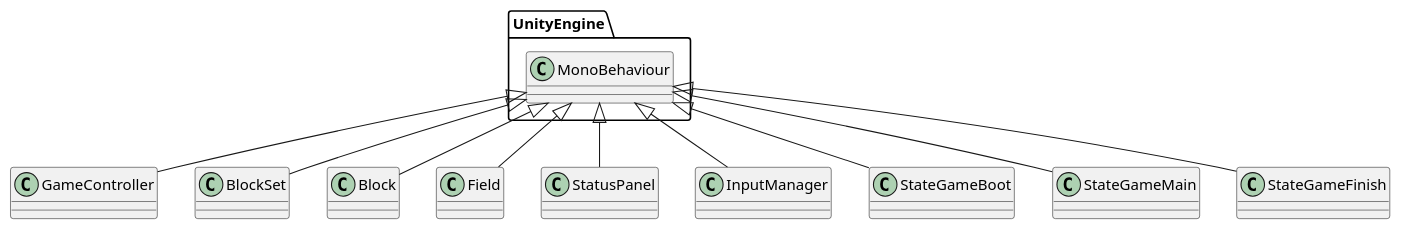
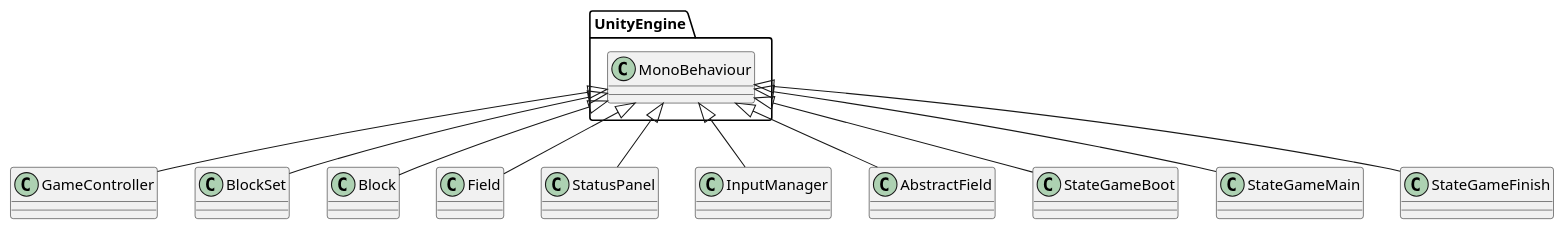
One commit to azarashin/UnityTetris changed the diagram in Documents/PlantUML/CLD_MonoBehaviour.pu. Above: the diagram before and after it, drawn with PlantUML. The commit also changed 17 other files, not shown here.

Commit message:
インターフェースIField を廃止し、MonoBehaviour を継承する抽象クラスAbstractField に変更。

```diff
--- a/Documents/PlantUML/CLD_MonoBehaviour.pu
+++ b/Documents/PlantUML/CLD_MonoBehaviour.pu
@@ -1,13 +1,14 @@
 @startuml
 
 UnityEngine.MonoBehaviour <|-- GameController
 UnityEngine.MonoBehaviour <|-- BlockSet
 UnityEngine.MonoBehaviour <|-- Block
 UnityEngine.MonoBehaviour <|-- Field
 UnityEngine.MonoBehaviour <|-- StatusPanel
 UnityEngine.MonoBehaviour <|-- InputManager
+UnityEngine.MonoBehaviour <|-- AbstractField
 
 UnityEngine.MonoBehaviour <|-- StateGameBoot
 UnityEngine.MonoBehaviour <|-- StateGameMain
 UnityEngine.MonoBehaviour <|-- StateGameFinish
 @enduml
```
